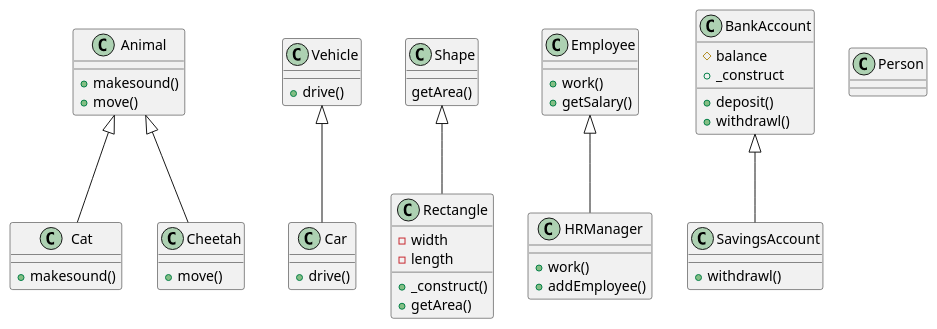
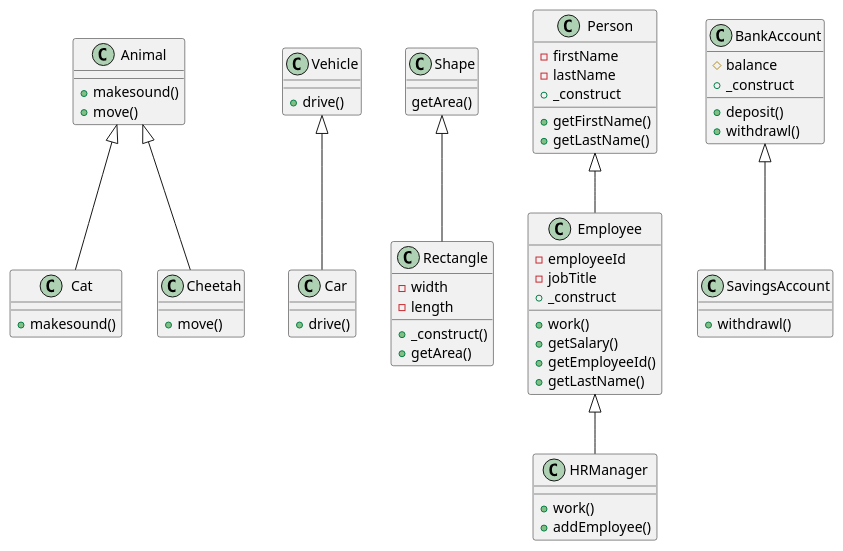
The diagram in exercises/ex-objects-inheritence.puml (tanveerali13/block3-adv-web), drawn with PlantUML before and after one commit. The commit also changed 7 other files, not shown here.

```diff
--- a/exercises/ex-objects-inheritence.puml
+++ b/exercises/ex-objects-inheritence.puml
@@ -1,63 +1,74 @@
 @startuml
 
 ' Problem 1
 class Animal{
     +makesound()
 }
 class Cat extends Animal{
     +makesound()
 }
 
 ' Problem 2
 class Vehicle{
     +drive()
 }
 class Car extends Vehicle{
     +drive()
 }
 
 ' Problem 3
 class Shape{
     getArea()
 }
 class Rectangle extends Shape{
     -width
     -length
     +_construct()
     +getArea()
 }
 
 ' Problem 4
 class Employee{
     +work()
     +getSalary()
 }
 class HRManager extends Employee{
     +work()
     +addEmployee()  
 }
 
 ' Problem 5
 class BankAccount{
     #balance
     +_construct
     +deposit()
     +withdrawl()
 }
 class SavingsAccount extends BankAccount{
     +withdrawl()
 }
 
 ' Problem 6
 class Animal{
     +move()
 }
 class Cheetah extends Animal{
     +move()
 }
 
 ' Problem 7
 class Person{
-    
+    -firstName
+    -lastName
+    +_construct
+    +getFirstName()
+    +getLastName()
+}
+class Employee extends Person{
+    -employeeId
+    -jobTitle
+    +_construct
+    +getEmployeeId()
+    +getLastName()
 }
 @enduml
```
